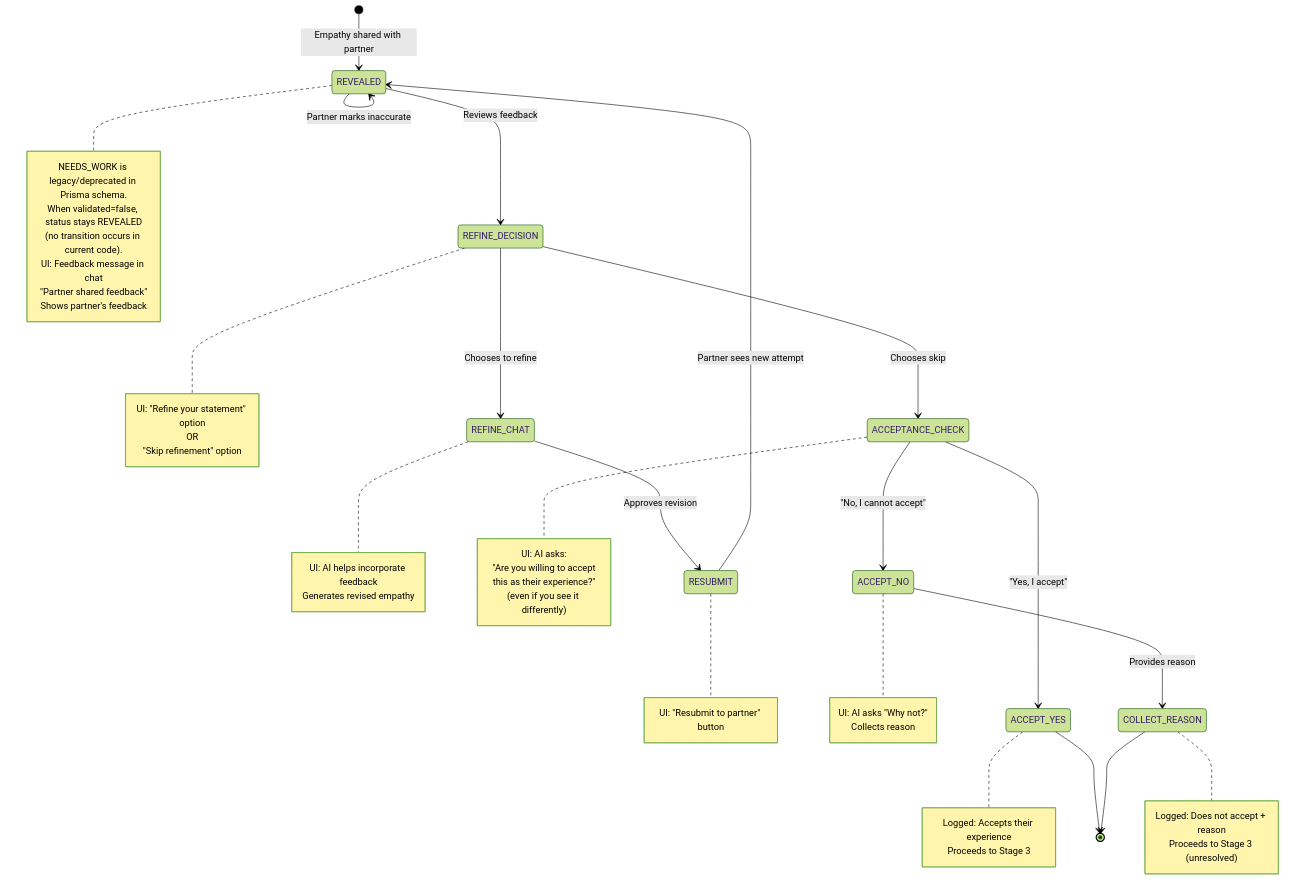
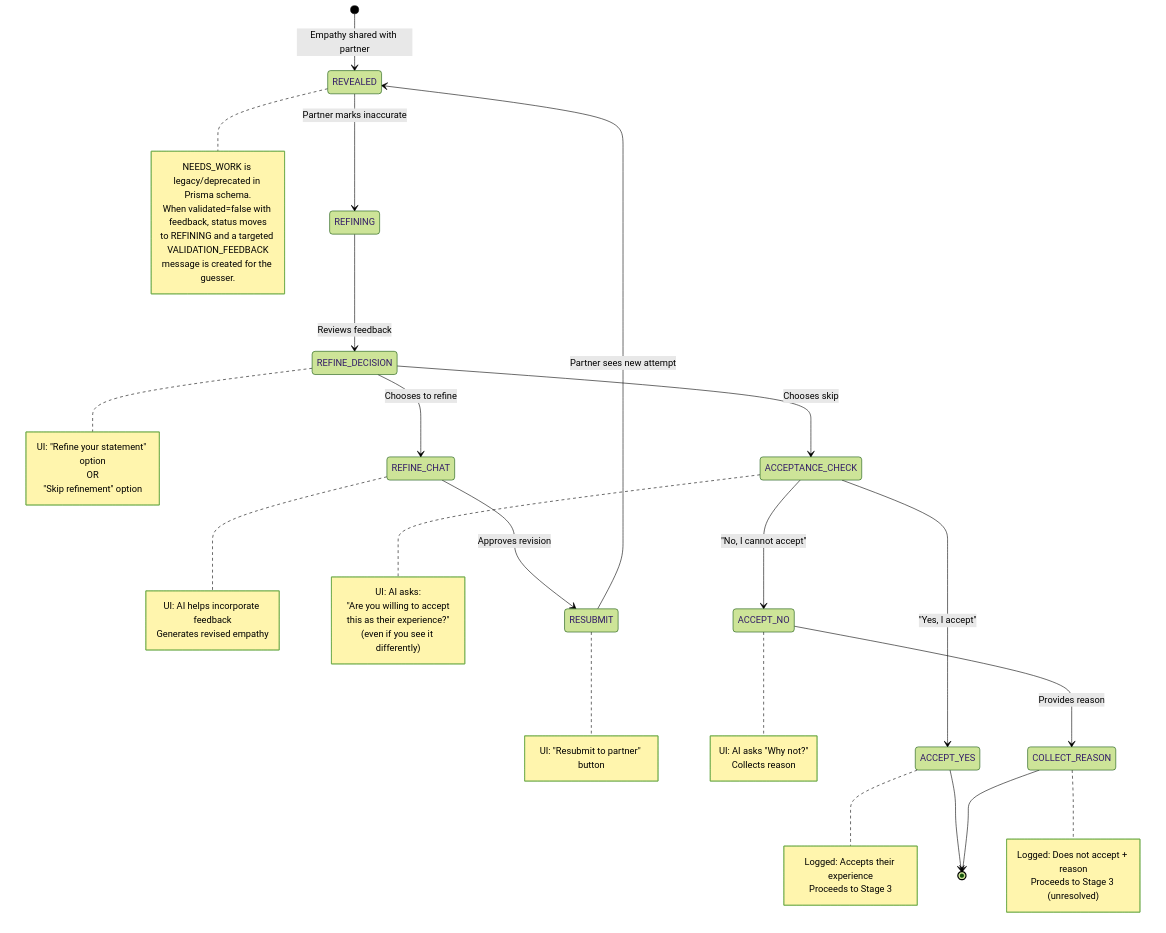
One commit to shantamg/meet-without-fear changed diagram 12 of 14 in docs/diagrams/reconciler-paths.md. Above: the diagram before and after it, drawn with Mermaid (forest theme). The commit also changed other lines of this file and 32 other files, not shown here.

Commit message:
implement stage 2 feedback coach flow

````diff
--- a/docs/diagrams/reconciler-paths.md
+++ b/docs/diagrams/reconciler-paths.md
@@ -508,54 +508,52 @@
 ```mermaid
 stateDiagram-v2
     [*] --> REVEALED: Empathy shared with partner
 
-    REVEALED --> REVEALED: Partner marks inaccurate
+    REVEALED --> REFINING: Partner marks inaccurate
     note right of REVEALED
         NEEDS_WORK is legacy/deprecated in Prisma schema.
-        When validated=false, status stays REVEALED
-        (no transition occurs in current code).
-        UI: Feedback message in chat
-        "Partner shared feedback"
-        Shows partner's feedback
+        When validated=false with feedback, status moves
+        to REFINING and a targeted VALIDATION_FEEDBACK
+        message is created for the guesser.
     end note
 
-    REVEALED --> REFINE_DECISION: Reviews feedback
+    REFINING --> REFINE_DECISION: Reviews feedback
     note right of REFINE_DECISION
         UI: "Refine your statement" option<br/>OR<br/>"Skip refinement" option
     end note
 
     REFINE_DECISION --> REFINE_CHAT: Chooses to refine
     note right of REFINE_CHAT
         UI: AI helps incorporate feedback<br/>Generates revised empathy
     end note
 
     REFINE_CHAT --> RESUBMIT: Approves revision
     note right of RESUBMIT
         UI: "Resubmit to partner" button
     end note
 
     RESUBMIT --> REVEALED: Partner sees new attempt
 
     REFINE_DECISION --> ACCEPTANCE_CHECK: Chooses skip
     note right of ACCEPTANCE_CHECK
         UI: AI asks:<br/>"Are you willing to accept<br/>this as their experience?"<br/>(even if you see it differently)
     end note
 
     ACCEPTANCE_CHECK --> ACCEPT_YES: "Yes, I accept"
     note right of ACCEPT_YES
         Logged: Accepts their experience<br/>Proceeds to Stage 3
     end note
 
     ACCEPTANCE_CHECK --> ACCEPT_NO: "No, I cannot accept"
     note right of ACCEPT_NO
         UI: AI asks "Why not?"<br/>Collects reason
     end note
 
     ACCEPT_NO --> COLLECT_REASON: Provides reason
     note right of COLLECT_REASON
         Logged: Does not accept + reason<br/>Proceeds to Stage 3 (unresolved)
     end note
 
     ACCEPT_YES --> [*]
     COLLECT_REASON --> [*]
 ```
````
